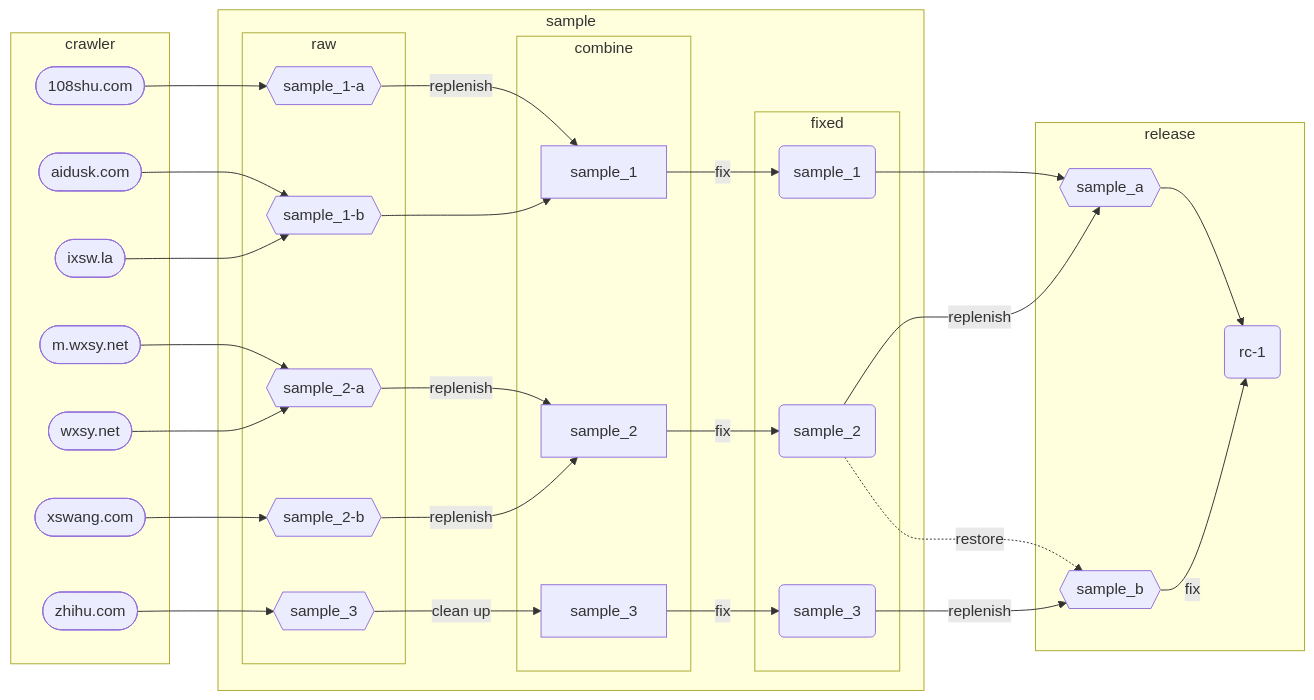
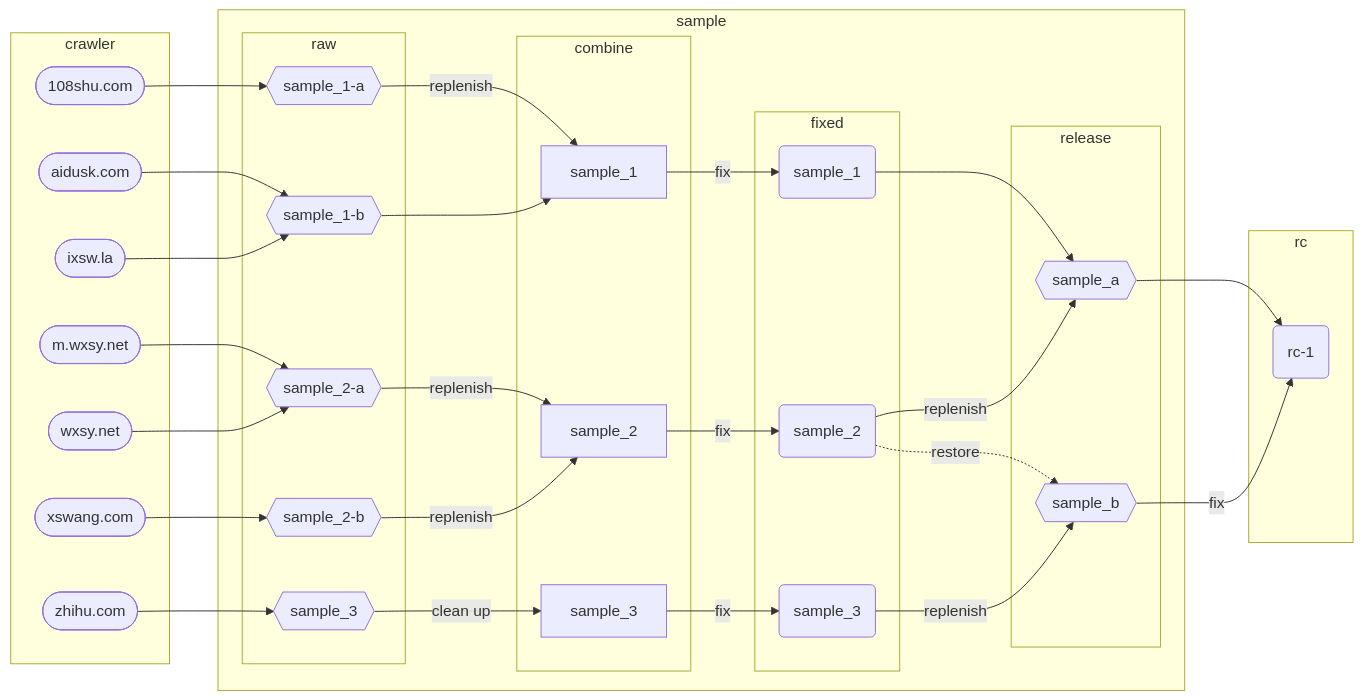
The diagram in README.md (dnomd343/xxrs-crawler), drawn with Mermaid before and after one commit. The commit also changed other lines of this file, not shown here.

````diff
--- a/README.md
+++ b/README.md
@@ -3,58 +3,61 @@
 ```mermaid
   graph LR
     subgraph sample
       subgraph raw
         s1a_raw{{sample_1-a}}
         s1b_raw{{sample_1-b}}
         s2a_raw{{sample_2-a}}
         s2b_raw{{sample_2-b}}
         s3_raw{{sample_3}}
       end
 
       subgraph combine
         s1_combine[sample_1]
         s2_combine[sample_2]
         s3_combine[sample_3]
       end
 
       subgraph fixed
         s1_fixed(sample_1)
         s2_fixed(sample_2)
         s3_fixed(sample_3)
       end
 
+      subgraph release
+        sa{{sample_a}}
+        sb{{sample_b}}
+      end
+
       s1a_raw -- replenish --> s1_combine
       s1b_raw --> s1_combine
       s2a_raw -- replenish --> s2_combine
       s2b_raw -- replenish --> s2_combine
       s3_raw -- clean up --> s3_combine
 
       s1_combine -- fix --> s1_fixed
       s2_combine -- fix --> s2_fixed
       s3_combine -- fix --> s3_fixed
+
+      s1_fixed --> sa
+      s2_fixed -- replenish --> sa
+      s2_fixed -. restore .-> sb
+      s3_fixed -- replenish --> sb
     end
 
     subgraph crawler
       source_1([108shu.com]) --> s1a_raw
       source_2([aidusk.com]) --> s1b_raw
       source_3([ixsw.la]) --> s1b_raw
       source_4([m.wxsy.net]) --> s2a_raw
       source_5([wxsy.net]) --> s2a_raw
       source_6([xswang.com]) --> s2b_raw
       source_7([zhihu.com]) --> s3_raw
     end
 
-    subgraph release
-      sa{{sample_a}}
-      sb{{sample_b}}
+    subgraph rc
       rc-1(rc-1)
-
-      s1_fixed --> sa
-      s2_fixed -- replenish --> sa
-      s2_fixed -. restore .-> sb
-      s3_fixed -- replenish --> sb
 
       sa --> rc-1
       sb -- fix --> rc-1
     end
 ```
````
